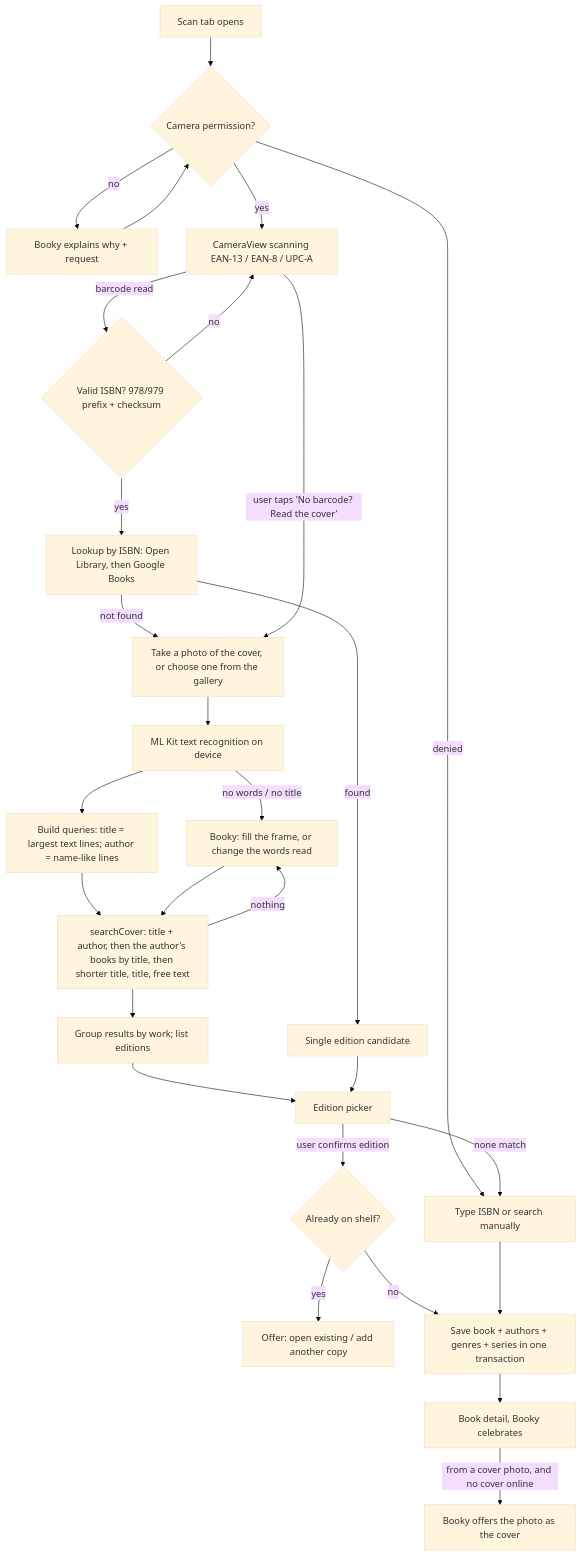
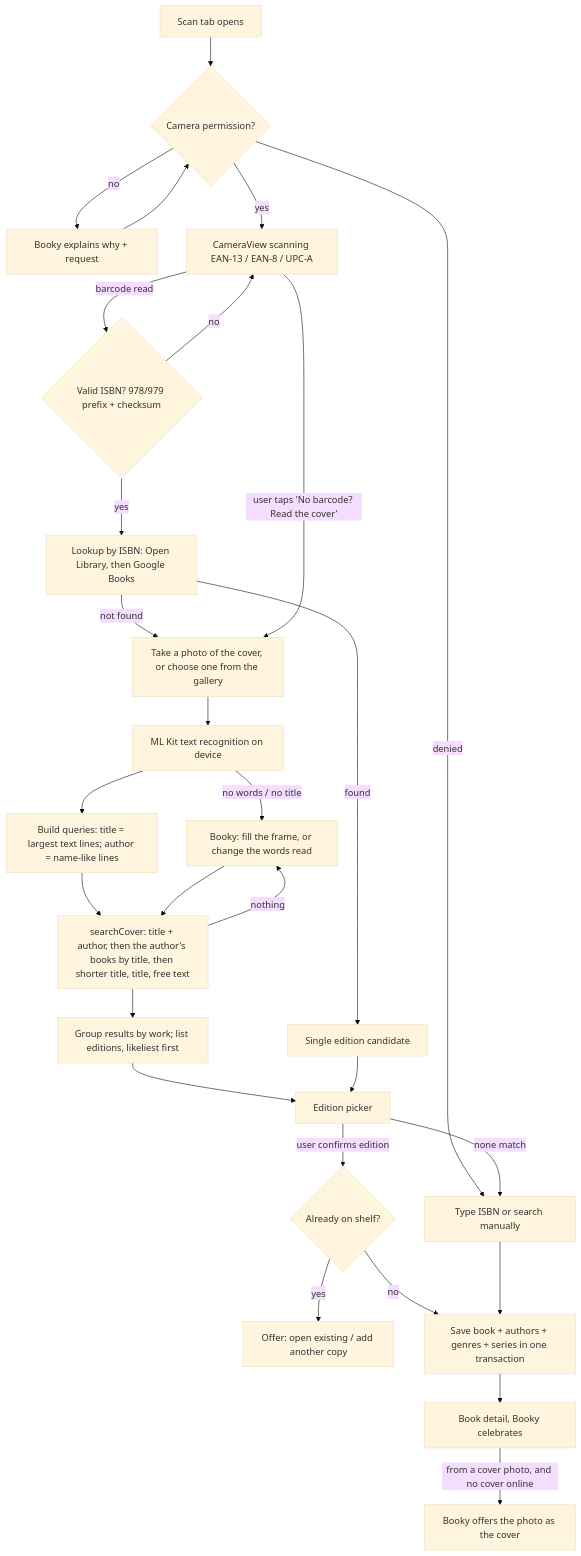
One commit to asorichetti/MyShelf changed the third of 3 diagrams in PLAN.md. Above: the diagram before and after it, drawn with Mermaid (base theme). The commit also changed other lines of this file and 4 other files, not shown here.

````diff
--- a/PLAN.md
+++ b/PLAN.md
@@ -412,29 +419,29 @@
 ```mermaid
 flowchart TD
   A[Scan tab opens] --> P{Camera permission?}
   P -- no --> PR[Booky explains why + request] --> P
   P -- denied --> MAN[Type ISBN or search manually]
   P -- yes --> B[CameraView scanning EAN-13 / EAN-8 / UPC-A]
   B -->|barcode read| V{Valid ISBN? 978/979 prefix + checksum}
   V -- yes --> L[Lookup by ISBN: Open Library, then Google Books]
   V -- no --> B
   L -->|found| C1[Single edition candidate]
   L -->|not found| O
   B -->|user taps 'No barcode? Read the cover'| O[Take a photo of the cover, or choose one from the gallery]
   O --> T[ML Kit text recognition on device]
   T -->|no words / no title| FIX[Booky: fill the frame, or change the words read]
   T --> Q[Build queries: title = largest text lines; author = name-like lines]
   Q --> S[searchCover: title + author, then the author's books by title, then shorter title, title, free text]
   S -->|nothing| FIX
   FIX --> S
-  S --> W[Group results by work; list editions]
+  S --> W[Group results by work; list editions, likeliest first]
   W --> EP[Edition picker]
   C1 --> EP
   EP -->|user confirms edition| D{Already on shelf?}
   D -- yes --> DUP[Offer: open existing / add another copy]
   D -- no --> SAVE[Save book + authors + genres + series in one transaction]
   EP -->|none match| MAN
   MAN --> SAVE
   SAVE --> DET[Book detail, Booky celebrates]
   DET -->|from a cover photo, and no cover online| PH[Booky offers the photo as the cover]
 ```
````
